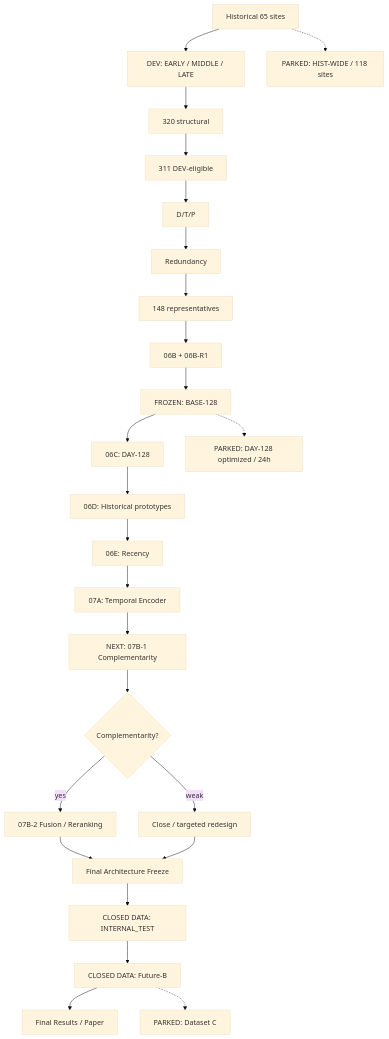
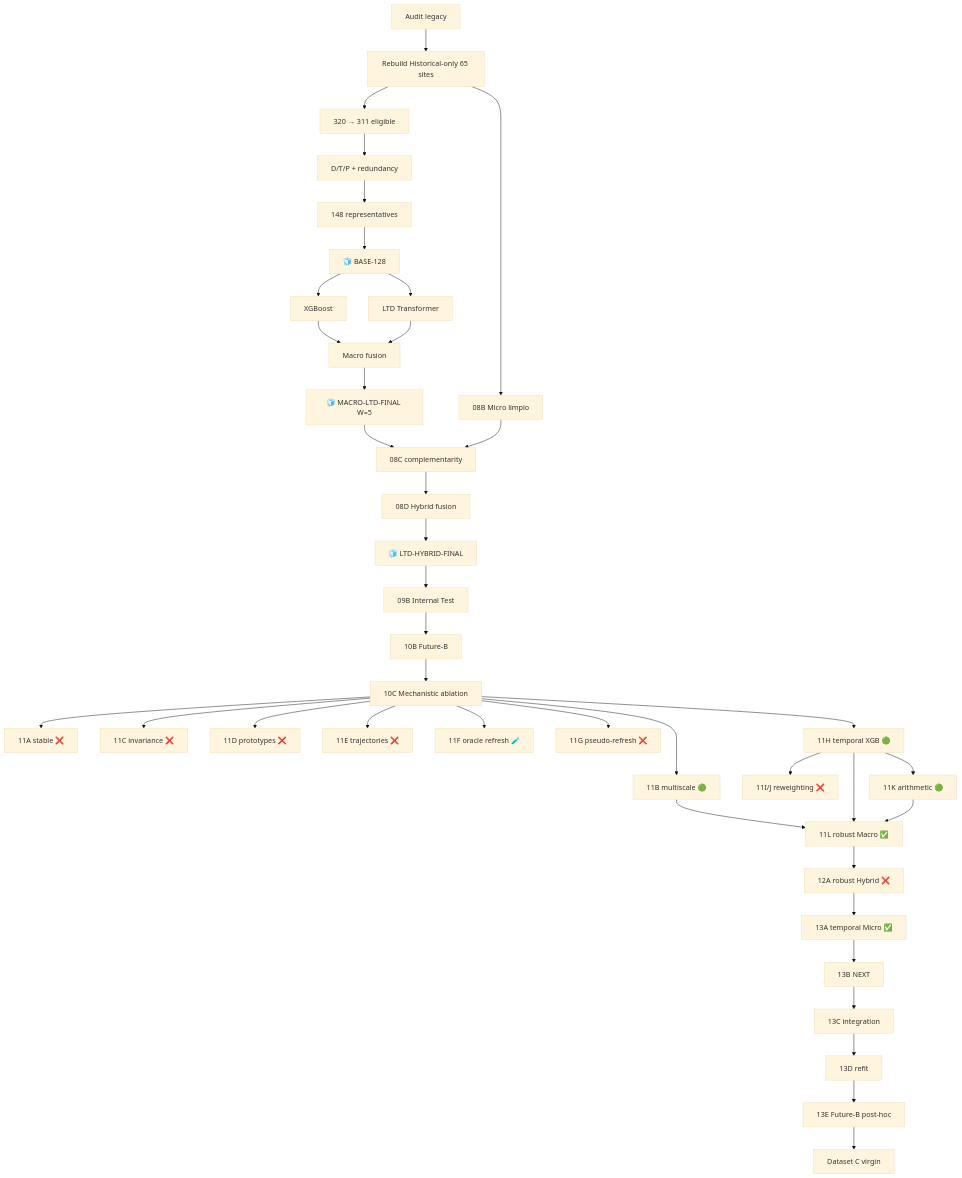
One commit to a52290451/ltd-attack changed the first of 2 diagrams in docs/EXPERIMENT_MAP.md. Above: the diagram before and after it, drawn with Mermaid (base theme). The commit also changed other lines of this file and 2 other files, not shown here.

Commit message:
docs: map full LTD research branches and current evidence

````diff
--- a/docs/EXPERIMENT_MAP.md
+++ b/docs/EXPERIMENT_MAP.md
@@ -18,27 +84,44 @@
 ```mermaid
 flowchart TD
-A["Historical 65 sites"] --> B["DEV: EARLY / MIDDLE / LATE"]
-B --> C["320 structural"]
-C --> D["311 DEV-eligible"]
-D --> E["D/T/P"]
-E --> F["Redundancy"]
-F --> G["148 representatives"]
-G --> H["06B + 06B-R1"]
-H --> I["FROZEN: BASE-128"]
-I --> J["06C: DAY-128"]
-J --> K["06D: Historical prototypes"]
-K --> L["06E: Recency"]
-L --> M["07A: Temporal Encoder"]
-M --> N["NEXT: 07B-1 Complementarity"]
-N --> O{"Complementarity?"}
-O -- yes --> P["07B-2 Fusion / Reranking"]
-O -- weak --> Q["Close / targeted redesign"]
-P --> R["Final Architecture Freeze"]
-Q --> R
-R --> S["CLOSED DATA: INTERNAL_TEST"]
-S --> T["CLOSED DATA: Future-B"]
-T --> U["Final Results / Paper"]
-I -.-> V["PARKED: DAY-128 optimized / 24h"]
-A -.-> W["PARKED: HIST-WIDE / 118 sites"]
-T -.-> X["PARKED: Dataset C"]
+    A["Audit legacy"] --> B["Rebuild Historical-only 65 sites"]
+    B --> C["320 → 311 eligible"]
+    C --> D["D/T/P + redundancy"]
+    D --> E["148 representatives"]
+    E --> F["🧊 BASE-128"]
+    F --> G["XGBoost"]
+    F --> H["LTD Transformer"]
+    G --> I["Macro fusion"]
+    H --> I
+    I --> J["🧊 MACRO-LTD-FINAL W=5"]
+
+    B --> K["08B Micro limpio"]
+    J --> L["08C complementarity"]
+    K --> L
+    L --> M["08D Hybrid fusion"]
+    M --> N["🧊 LTD-HYBRID-FINAL"]
+
+    N --> O["09B Internal Test"]
+    O --> P["10B Future-B"]
+    P --> Q["10C Mechanistic ablation"]
+
+    Q --> R1["11A stable ❌"]
+    Q --> R2["11B multiscale 🟢"]
+    Q --> R3["11C invariance ❌"]
+    Q --> R4["11D prototypes ❌"]
+    Q --> R5["11E trajectories ❌"]
+    Q --> R6["11F oracle refresh 🧪"]
+    Q --> R7["11G pseudo-refresh ❌"]
+    Q --> R8["11H temporal XGB 🟢"]
+    R8 --> R9["11I/J reweighting ❌"]
+    R8 --> R10["11K arithmetic 🟢"]
+    R2 --> S["11L robust Macro ✅"]
+    R8 --> S
+    R10 --> S
+    S --> T["12A robust Hybrid ❌"]
+    T --> U["13A temporal Micro ✅"]
+    U --> V["13B NEXT"]
+    V --> W["13C integration"]
+    W --> X["13D refit"]
+    X --> Y["13E Future-B post-hoc"]
+    Y --> Z["Dataset C virgin"]
 ```
````
